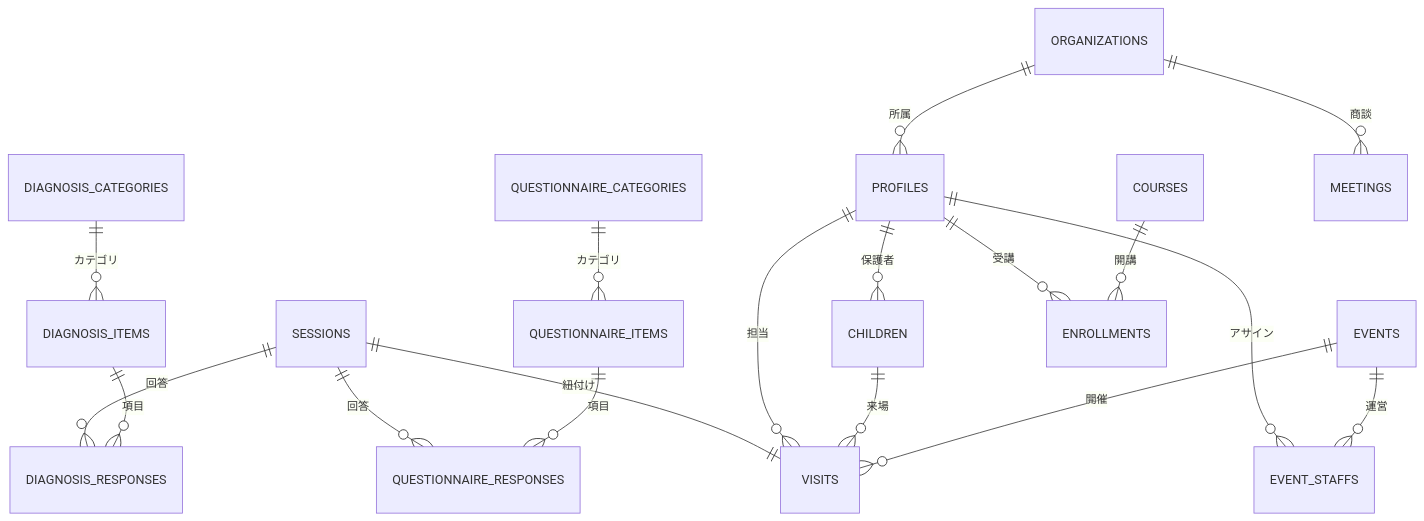
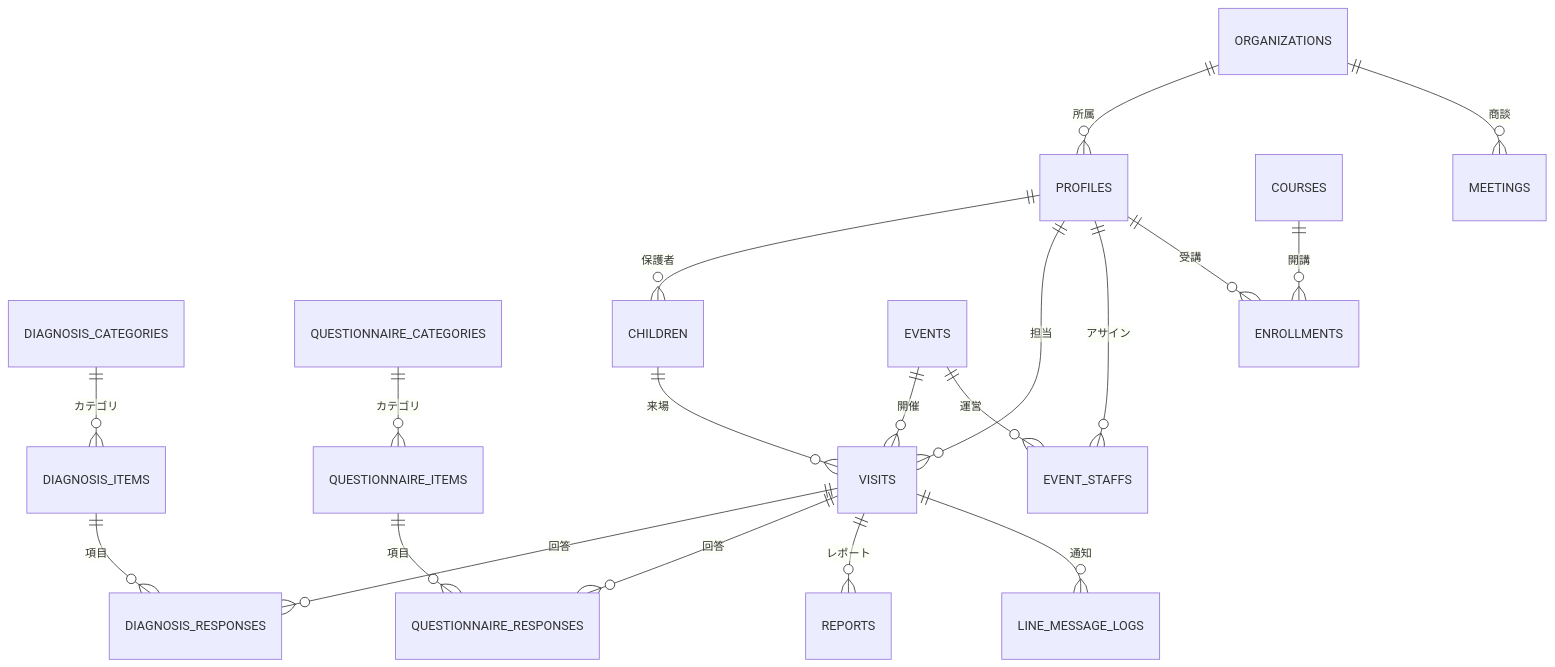
Before and after one commit to Ks-Classic/cOralup-yourTIME: the diagram in docs/designe/06-DB設計書.md, drawn with Mermaid. The commit also changed other lines of this file and 8 other files, not shown here.

````diff
--- a/docs/designe/06-DB設計書.md
+++ b/docs/designe/06-DB設計書.md
@@ -68,28 +68,29 @@
 ```mermaid
 erDiagram
     %% マスタ管理
     DIAGNOSIS_CATEGORIES ||--o{ DIAGNOSIS_ITEMS : "カテゴリ"
     QUESTIONNAIRE_CATEGORIES ||--o{ QUESTIONNAIRE_ITEMS : "カテゴリ"
     
     %% Core Domain
     ORGANIZATIONS ||--o{ PROFILES : "所属"
     PROFILES ||--o{ CHILDREN : "保護者"
     
     %% Clinical Domain
     EVENTS ||--o{ VISITS : "開催"
     CHILDREN ||--o{ VISITS : "来場"
     PROFILES ||--o{ VISITS : "担当"
-    SESSIONS ||--|| VISITS : "紐付け"
     
     DIAGNOSIS_ITEMS ||--o{ DIAGNOSIS_RESPONSES : "項目"
     QUESTIONNAIRE_ITEMS ||--o{ QUESTIONNAIRE_RESPONSES : "項目"
-    SESSIONS ||--o{ DIAGNOSIS_RESPONSES : "回答"
-    SESSIONS ||--o{ QUESTIONNAIRE_RESPONSES : "回答"
+    VISITS ||--o{ DIAGNOSIS_RESPONSES : "回答"
+    VISITS ||--o{ QUESTIONNAIRE_RESPONSES : "回答"
+    VISITS ||--o{ REPORTS : "レポート"
+    VISITS ||--o{ LINE_MESSAGE_LOGS : "通知"
     
     %% CRM Domain
     EVENTS ||--o{ EVENT_STAFFS : "運営"
     PROFILES ||--o{ EVENT_STAFFS : "アサイン"
     COURSES ||--o{ ENROLLMENTS : "開講"
     PROFILES ||--o{ ENROLLMENTS : "受講"
     ORGANIZATIONS ||--o{ MEETINGS : "商談"
 ```
````
